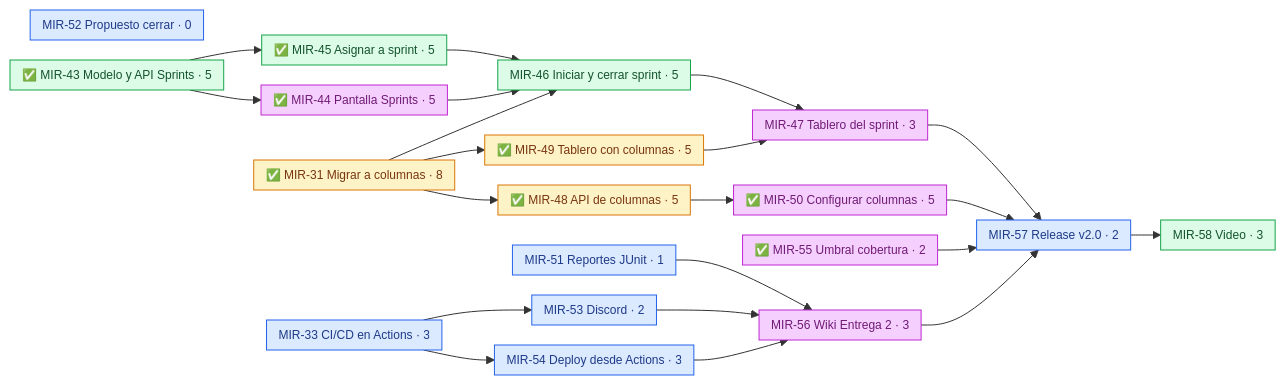
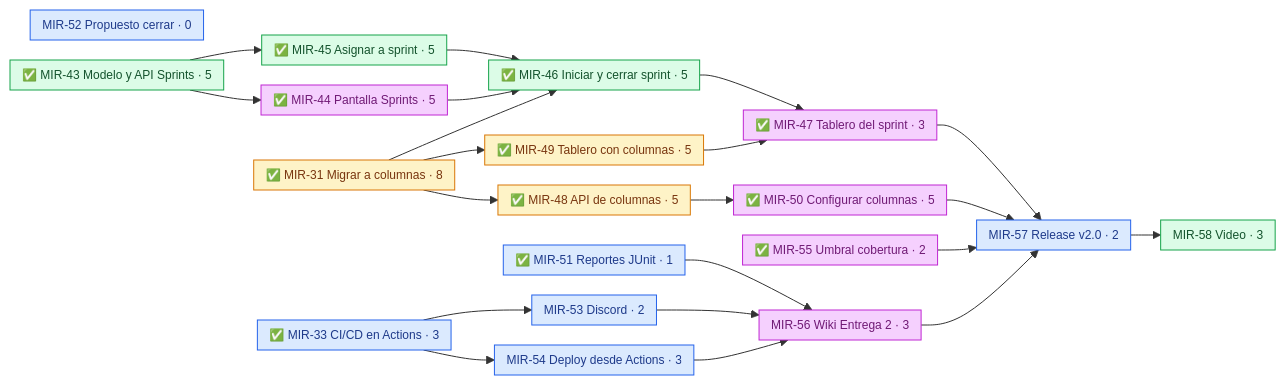
One commit to MiraPdS/mira changed the diagram in docs/plan-trabajo-entrega2.md. Above: the diagram before and after it, drawn with Mermaid. The commit also changed other lines of this file and 1 other file, not shown here.

First line of the commit message:
docs(backlog): MIR-33 reconciliar el plan con el estado actual de develop

````diff
--- a/docs/plan-trabajo-entrega2.md
+++ b/docs/plan-trabajo-entrega2.md
@@ -86,55 +86,55 @@
 ```mermaid
 %%{init: {"themeVariables": {"fontSize": "12px"}, "flowchart": {"nodeSpacing": 20, "rankSpacing": 30, "padding": 6}}}%%
 flowchart LR
   classDef benja  fill:#dbeafe,stroke:#2563eb,color:#1e3a8a
   classDef isaias fill:#dcfce7,stroke:#16a34a,color:#14532d
   classDef mauro  fill:#fef3c7,stroke:#d97706,color:#78350f
   classDef diego  fill:#f5d0fe,stroke:#c026d3,color:#701a75
 
-  J10["MIR-33 CI/CD en Actions · 3"]:::benja
-  J11["MIR-51 Reportes JUnit · 1"]:::benja
+  J10["✅ MIR-33 CI/CD en Actions · 3"]:::benja
+  J11["✅ MIR-51 Reportes JUnit · 1"]:::benja
   J12["MIR-52 Propuesto cerrar · 0"]:::benja
   J13["MIR-53 Discord · 2"]:::benja
   J14["MIR-54 Deploy desde Actions · 3"]:::benja
   R17["MIR-57 Release v2.0 · 2"]:::benja
 
   S01["✅ MIR-43 Modelo y API Sprints · 5"]:::isaias
   S03["✅ MIR-45 Asignar a sprint · 5"]:::isaias
-  S04["MIR-46 Iniciar y cerrar sprint · 5"]:::isaias
+  S04["✅ MIR-46 Iniciar y cerrar sprint · 5"]:::isaias
   V18["MIR-58 Video · 3"]:::isaias
 
   C06["✅ MIR-31 Migrar a columnas · 8"]:::mauro
   C07["✅ MIR-48 API de columnas · 5"]:::mauro
   C08["✅ MIR-49 Tablero con columnas · 5"]:::mauro
 
   S02["✅ MIR-44 Pantalla Sprints · 5"]:::diego
-  S05["MIR-47 Tablero del sprint · 3"]:::diego
+  S05["✅ MIR-47 Tablero del sprint · 3"]:::diego
   C09["✅ MIR-50 Configurar columnas · 5"]:::diego
   Q15["✅ MIR-55 Umbral cobertura · 2"]:::diego
   W16["MIR-56 Wiki Entrega 2 · 3"]:::diego
 
   J10 --> J13
   J10 --> J14
 
   S01 --> S02
   S01 --> S03
   S03 --> S04
   S02 --> S04
   C06 --> S04
   S04 --> S05
   C08 --> S05
 
   C06 --> C07
   C06 --> C08
   C07 --> C09
 
   J11 --> W16
   J13 --> W16
   J14 --> W16
 
   S05 --> R17
   C09 --> R17
   Q15 --> R17
   W16 --> R17
   R17 --> V18
 ```
````
